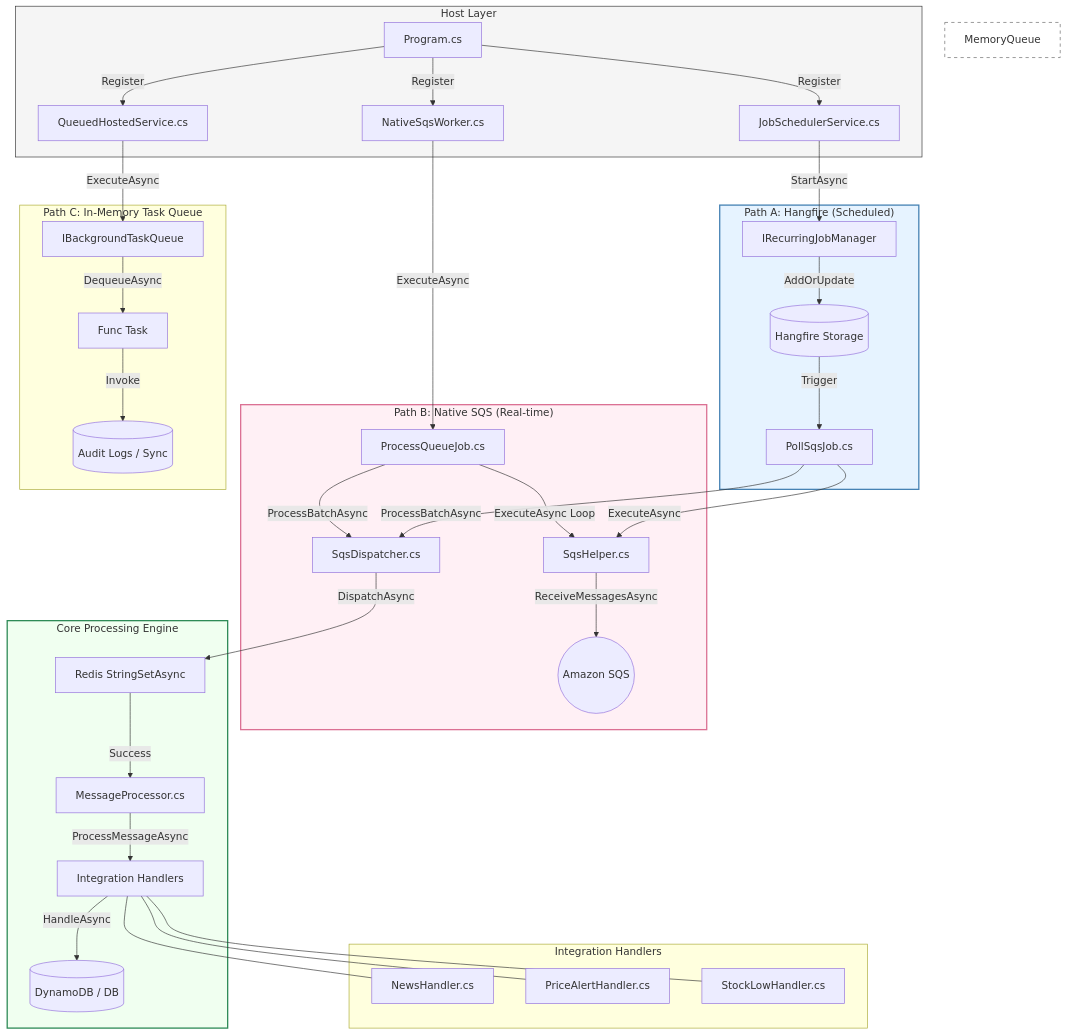
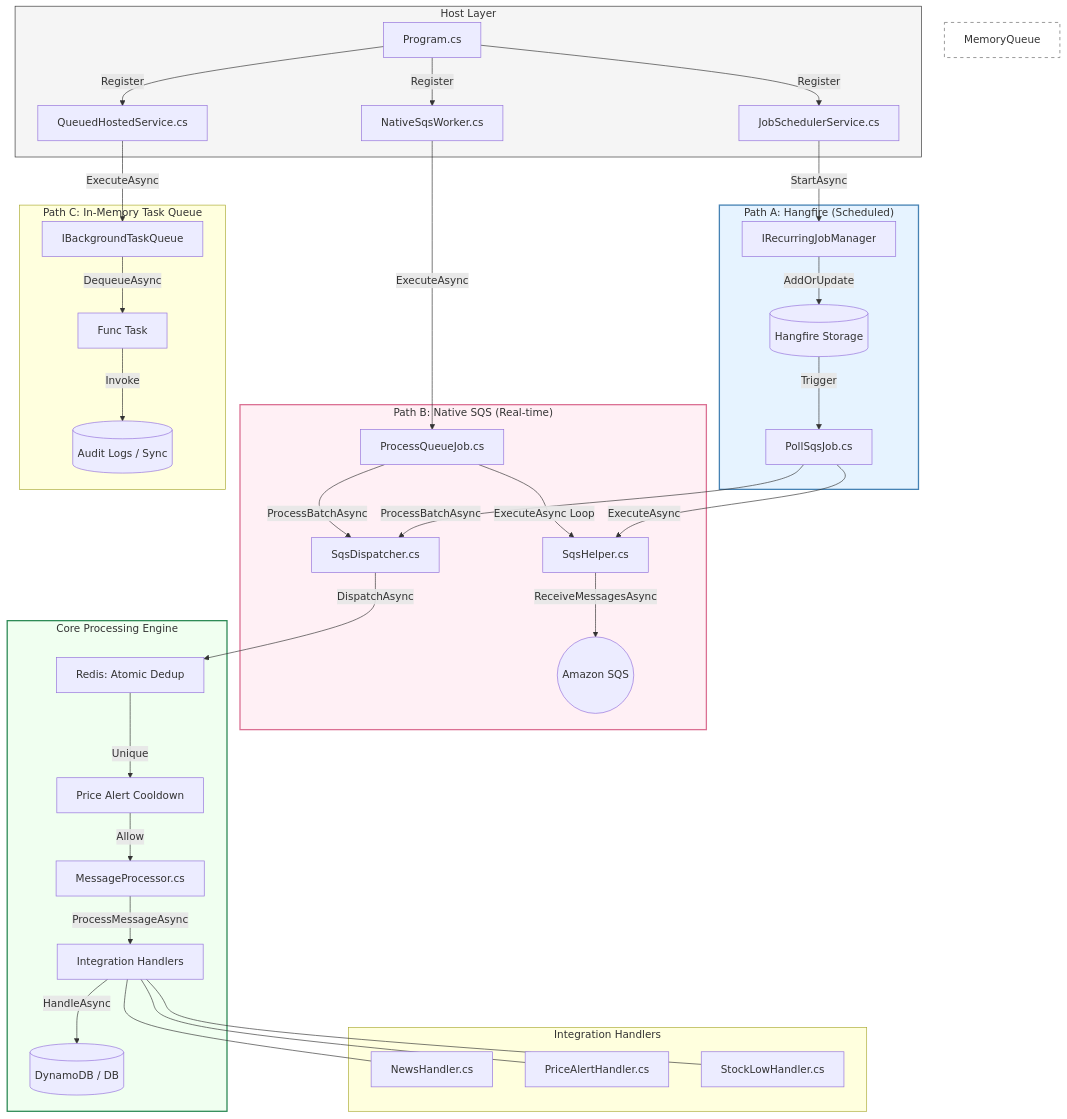
Before and after one commit to nhonvo/InvestManagementSystem: the first of 2 diagrams in doc/archive/worker_flow_diagram.md, drawn with Mermaid. The commit also changed other lines of this file and 580 other files, not shown here.

````diff
--- a/doc/archive/worker_flow_diagram.md
+++ b/doc/archive/worker_flow_diagram.md
@@ -7,48 +7,49 @@
 ```mermaid
 graph TD
     subgraph Host ["Host Layer"]
         PRG[Program.cs] --> |Register| NSW[NativeSqsWorker.cs]
         PRG --> |Register| QHS[QueuedHostedService.cs]
         PRG --> |Register| JSS[JobSchedulerService.cs]
     end
 
     subgraph NativeFlow ["Path B: Native SQS (Real-time)"]
         NSW --> |ExecuteAsync| PQJ[ProcessQueueJob.cs]
         PQJ --> |ExecuteAsync Loop| SHP[SqsHelper.cs]
         SHP --> |ReceiveMessagesAsync| SQS((Amazon SQS))
         PQJ --> |ProcessBatchAsync| DISP[SqsDispatcher.cs]
     end
 
     subgraph HangfireFlow ["Path A: Hangfire (Scheduled)"]
         JSS --> |StartAsync| RJG[IRecurringJobManager]
         RJG --> |AddOrUpdate| HFDB[(Hangfire Storage)]
         HFDB --> |Trigger| PSJ[PollSqsJob.cs]
         PSJ --> |ExecuteAsync| SHP
         PSJ --> |ProcessBatchAsync| DISP
     end
 
     subgraph CoreLogic ["Core Processing Engine"]
-        DISP --> |DispatchAsync| DDP[Redis StringSetAsync]
-        DDP --> |Success| PROC[MessageProcessor.cs]
+        DISP --> |DispatchAsync| DDP[Redis: Atomic Dedup]
+        DDP --> |Unique| CLD[Price Alert Cooldown]
+        CLD --> |Allow| PROC[MessageProcessor.cs]
         PROC --> |ProcessMessageAsync| HAND[Integration Handlers]
         HAND --> |HandleAsync| RES[(DynamoDB / DB)]
     end
 
     subgraph Handlers ["Integration Handlers"]
         HAND --- NH[NewsHandler.cs]
         HAND --- PH[PriceAlertHandler.cs]
         HAND --- SLH[StockLowHandler.cs]
     end
 
     subgraph InMemFlow ["Path C: In-Memory Task Queue"]
         QHS --> |ExecuteAsync| BTQ[IBackgroundTaskQueue]
         BTQ --> |DequeueAsync| WORK[Func Task]
         WORK --> |Invoke| LOG[(Audit Logs / Sync)]
     end
 
     style Host fill:#f5f5f5,stroke:#333
     style NativeFlow fill:#fff0f5,stroke:#db7093,stroke-width:2px
     style HangfireFlow fill:#e6f3ff,stroke:#4682b4,stroke-width:2px
     style CoreLogic fill:#f0fff0,stroke:#2e8b57,stroke-width:2px
     style MemoryQueue fill:#ffffff,stroke:#666,stroke-dasharray: 5 5
 ```
````
